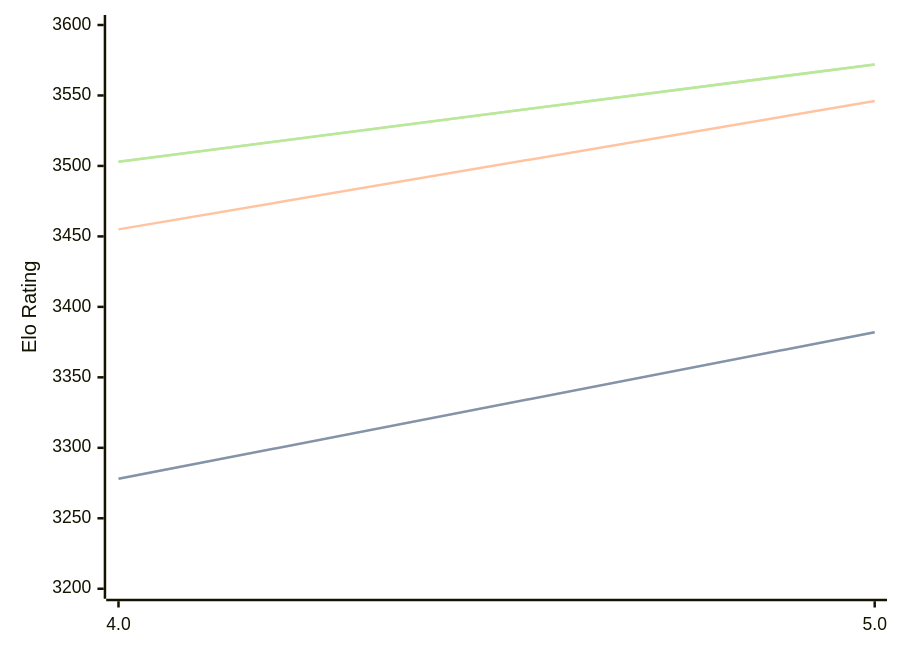
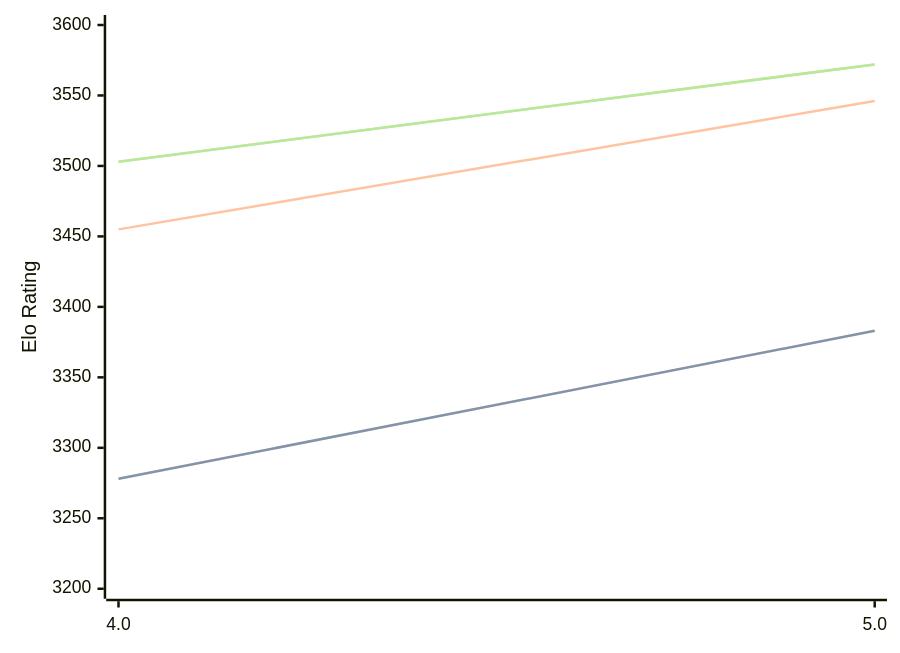
Before and after one commit to computer-chess-index/cci: the diagram in engines/Tarnished.md, drawn with Mermaid. The commit also changed other lines of this file, not shown here.

Commit message:
Update CCI Ratings (ELO VLTC) - 2026-03-27

````diff
--- a/engines/Tarnished.md
+++ b/engines/Tarnished.md
@@ -36,11 +36,11 @@
 ```mermaid
 %%{init: {"theme":"base","themeVariables":{"seriesColors:['#a3a3a3','#222221','#faa371']}}}%%
 xychart-beta
   x-axis ["4.0", "5.0"]
   y-axis "Elo Rating" 3200 --> 3600
-  line "STC (8.0+0.08s)" [3278, 3382]
-  line "STC (8.0+0.08s)" [3278, 3382]
+  line "STC (8.0+0.08s)" [3278, 3383]
+  line "STC (8.0+0.08s)" [3278, 3383]
   line "LTC (60.0+0.60s)" [3455, 3546]
   line "VLTC (2m24s+1.12s)" [3503, 3572]
   line "VLTC (2m24s+1.12s)" [3503, 3572]
 ```
````
